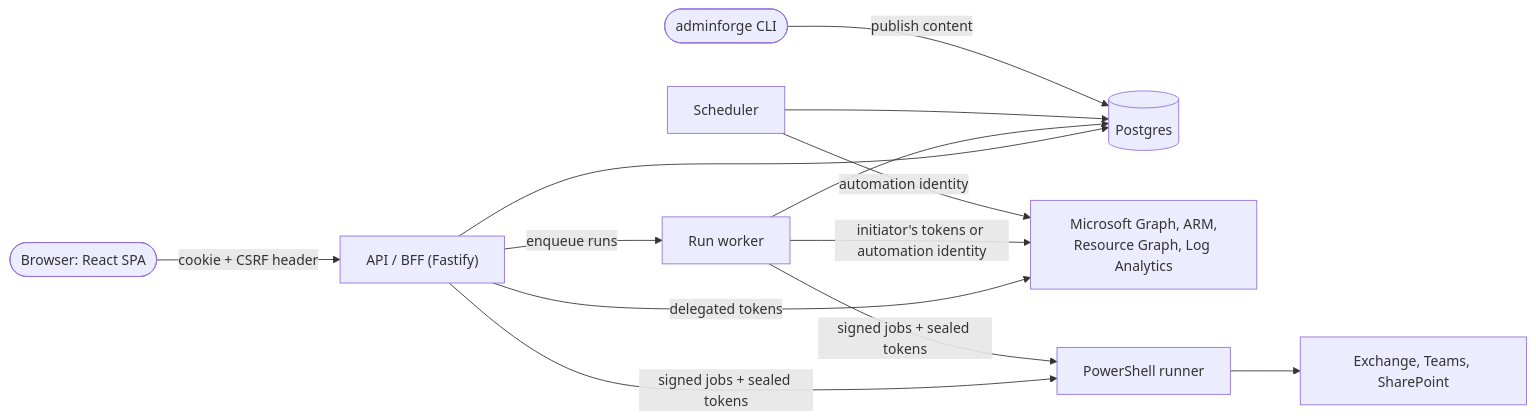
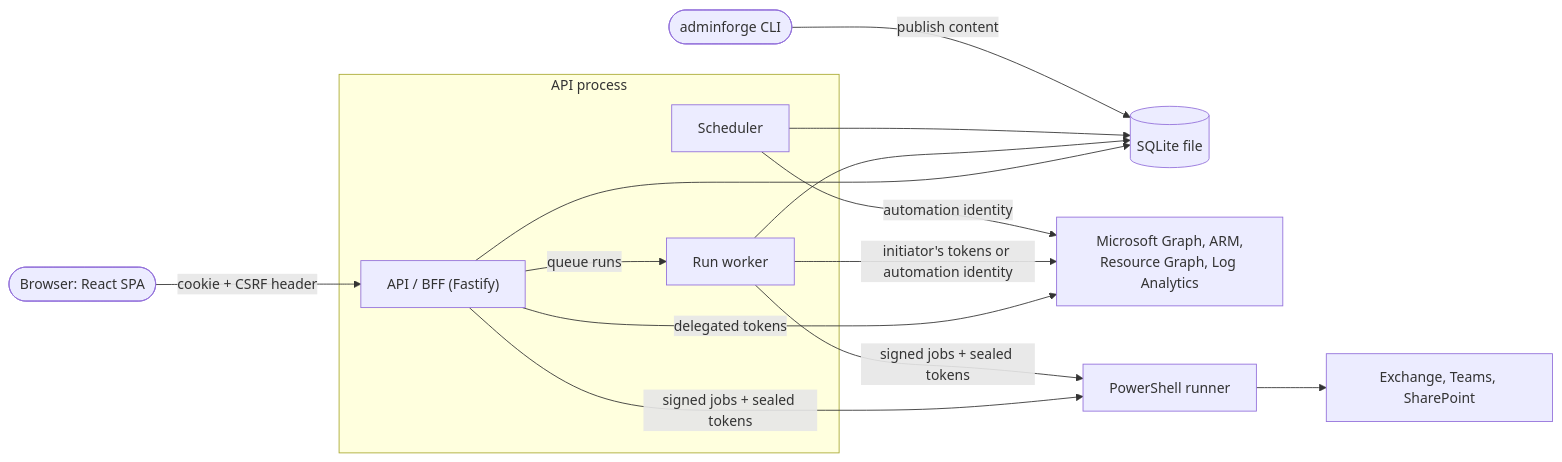
One commit to ortiz05/AdminForge changed the diagram in docs/onboarding/02-how-adminforge-works.md. Above: the diagram before and after it, drawn with Mermaid. The commit also changed other lines of this file and 37 other files, not shown here.

````diff
--- a/docs/onboarding/02-how-adminforge-works.md
+++ b/docs/onboarding/02-how-adminforge-works.md
@@ -21,13 +21,15 @@
 ```mermaid
 flowchart LR
-  browser(["Browser: React SPA"]) -->|cookie + CSRF header| api["API / BFF (Fastify)"]
-  api --> db[("Postgres")]
+  subgraph proc["API process"]
+    api["API / BFF (Fastify)"] -->|queue runs| worker["Run worker"]
+    scheduler["Scheduler"]
+  end
+  browser(["Browser: React SPA"]) -->|cookie + CSRF header| api
+  api & worker & scheduler --> db[("SQLite file")]
   api -->|delegated tokens| ms["Microsoft Graph, ARM,<br/>Resource Graph, Log Analytics"]
-  api -->|enqueue runs| worker["Run worker"]
   worker -->|initiator's tokens or automation identity| ms
-  scheduler["Scheduler"] -->|automation identity| ms
+  scheduler -->|automation identity| ms
   api & worker -->|signed jobs + sealed tokens| runner["PowerShell runner"]
   runner --> ps["Exchange, Teams, SharePoint"]
-  worker & scheduler --> db
   cli(["adminforge CLI"]) -->|publish content| db
 ```
````
